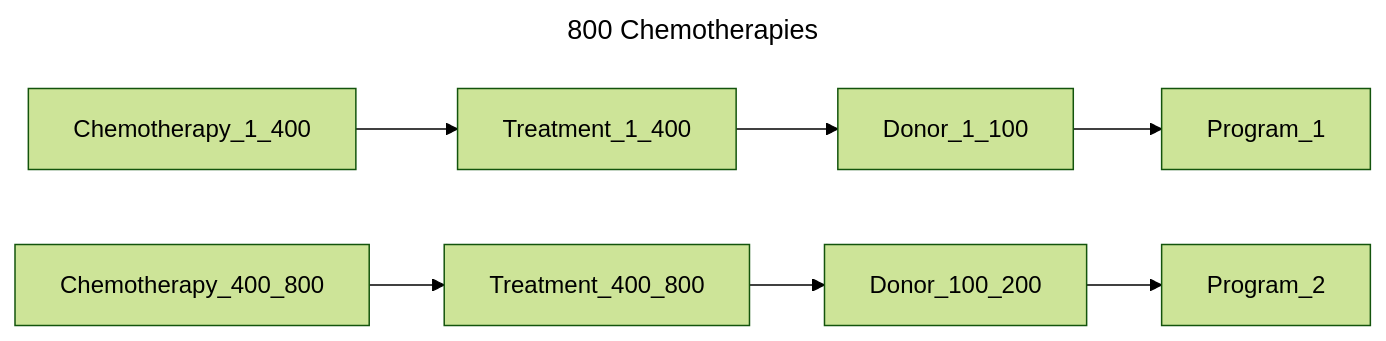
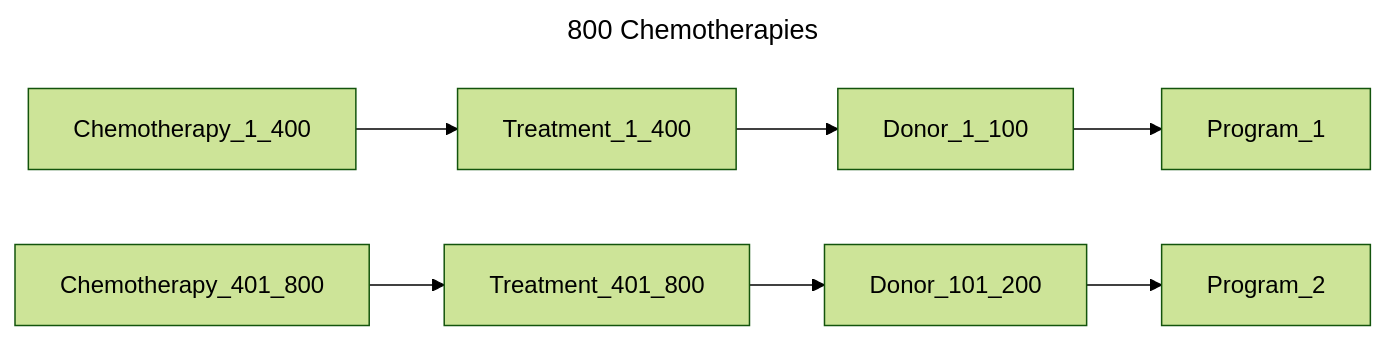
The sixth of 13 diagrams in chord_metadata_service/mohpackets/data/large_dataset/README.md (bento-platform/katsu), drawn with Mermaid (forest theme) before and after one commit. The commit also changed other lines of this file, not shown here.

````diff
--- a/chord_metadata_service/mohpackets/data/large_dataset/README.md
+++ b/chord_metadata_service/mohpackets/data/large_dataset/README.md
@@ -102,8 +102,8 @@
 ```mermaid
 ---
 title: 800 Chemotherapies
 ---
 graph LR;  
   Chemotherapy_1_400 -->  Treatment_1_400 --> Donor_1_100 --> Program_1;
-  Chemotherapy_400_800 -->  Treatment_400_800 --> Donor_100_200 --> Program_2; 
+  Chemotherapy_401_800 -->  Treatment_401_800 --> Donor_101_200 --> Program_2; 
 ```
````
